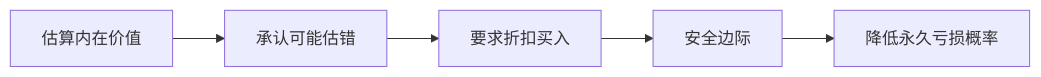
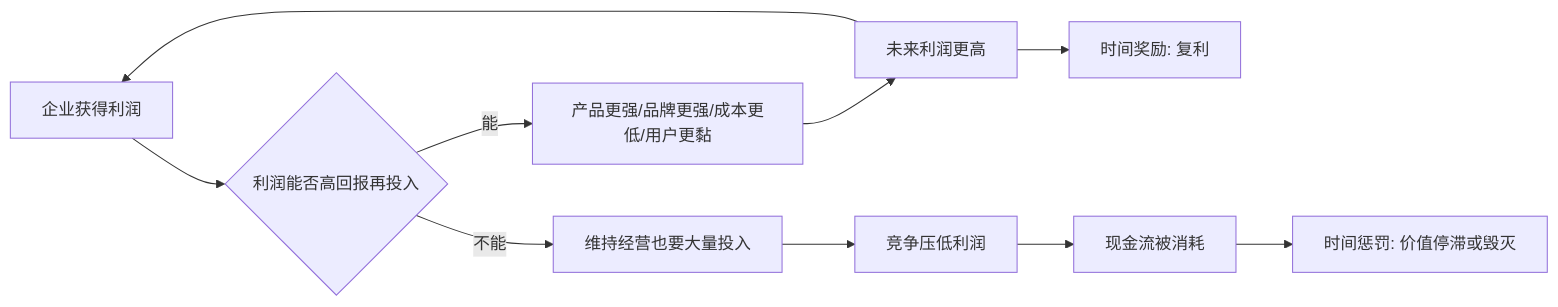
The diagram in 202605/20260519_10.md (digoal/blog), drawn with Mermaid before and after one commit. The commit also changed other lines of this file and 51 other files, not shown here.

````diff
--- a/202605/20260519_10.md
+++ b/202605/20260519_10.md
@@ -22,7 +24,13 @@
 ```mermaid
 flowchart LR
-  A["估算内在价值"] --> B["承认可能估错"]
-  B --> C["要求折扣买入"]
-  C --> D["安全边际"]
-  D --> E["降低永久亏损概率"]
+  A["企业获得利润"] --> B{"利润能否高回报再投入"}
+  B -- "能" --> C["产品更强/品牌更强/成本更低/用户更黏"]
+  C --> D["未来利润更高"]
+  D --> A
+  D --> E["时间奖励: 复利"]
+
+  B -- "不能" --> F["维持经营也要大量投入"]
+  F --> G["竞争压低利润"]
+  G --> H["现金流被消耗"]
+  H --> I["时间惩罚: 价值停滞或毁灭"]
 ```
````
